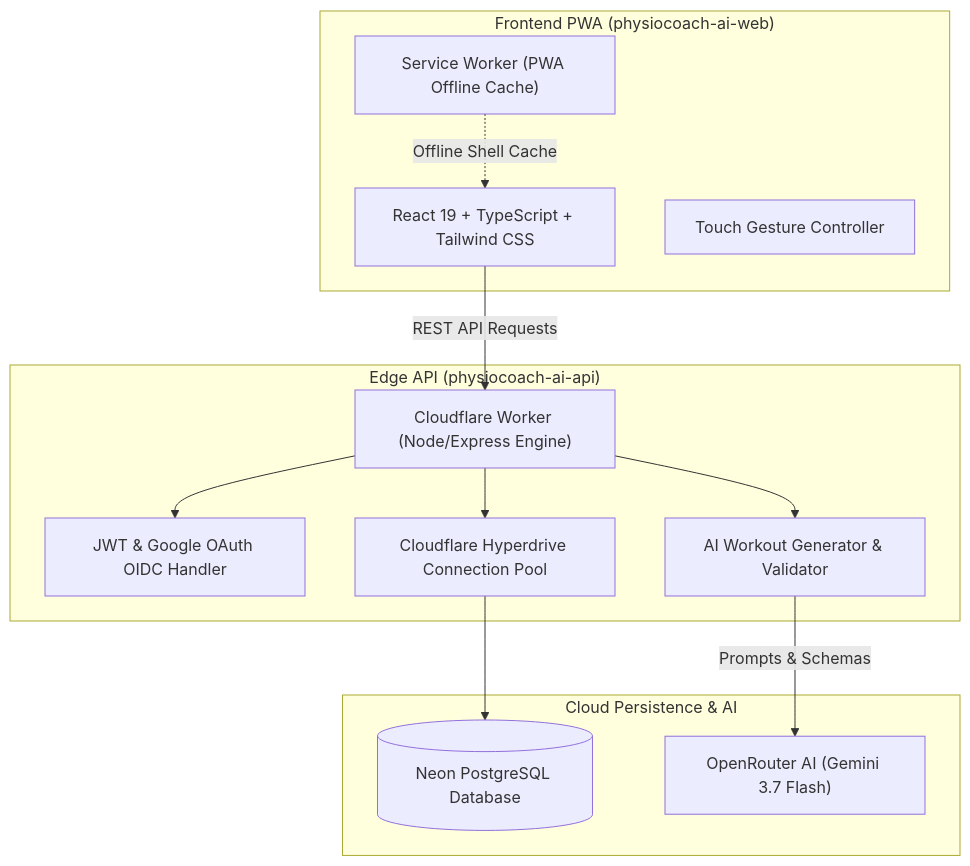
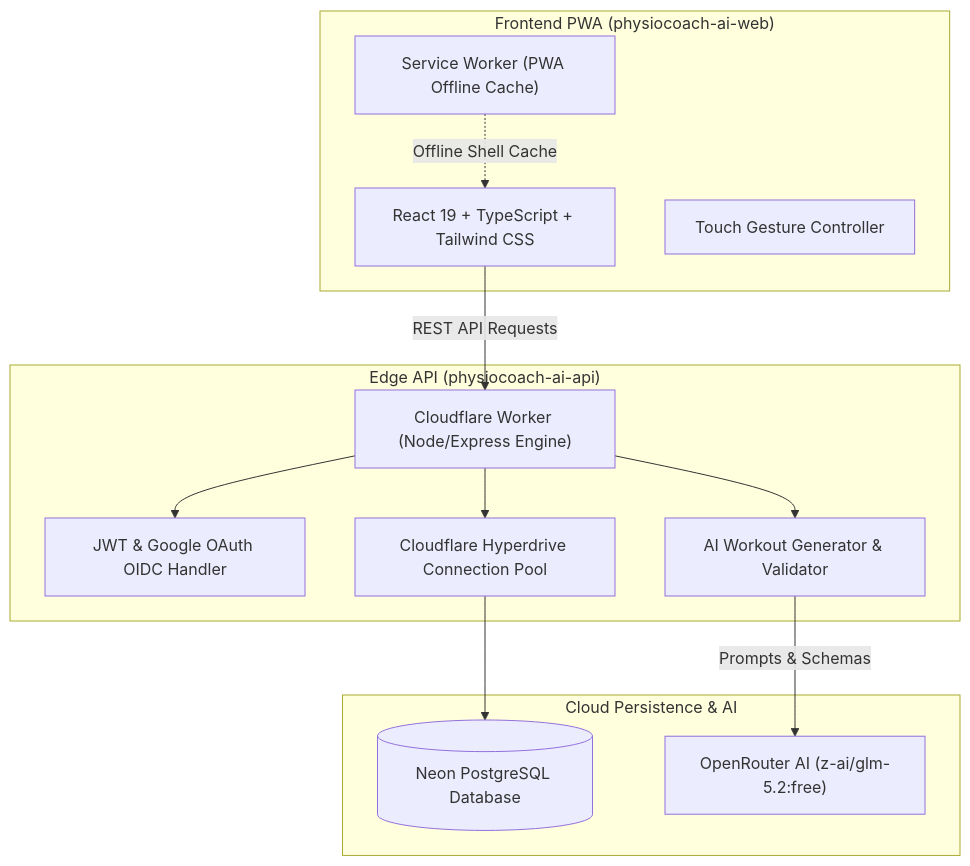
Before and after one commit to rasoulveisi/physiocoach-ai: the diagram in README.md, drawn with Mermaid. The commit also changed other lines of this file and 28 other files, not shown here.

Commit message:
feat(ai): update primary model to OpenRouter z-ai/glm-5.2:free

````diff
--- a/README.md
+++ b/README.md
@@ -46,28 +46,28 @@
 ```mermaid
 flowchart TD
     subgraph Client ["Frontend PWA (physiocoach-ai-web)"]
         UI["React 19 + TypeScript + Tailwind CSS"]
         SW["Service Worker (PWA Offline Cache)"]
         SWIPER["Touch Gesture Controller"]
     end
 
     subgraph Edge ["Edge API (physiocoach-ai-api)"]
         WORKER["Cloudflare Worker (Node/Express Engine)"]
         AUTH["JWT & Google OAuth OIDC Handler"]
         GENERATOR["AI Workout Generator & Validator"]
         HYPERDRIVE["Cloudflare Hyperdrive Connection Pool"]
     end
 
     subgraph Data ["Cloud Persistence & AI"]
         NEON[("Neon PostgreSQL Database")]
-        OPENROUTER["OpenRouter AI (Gemini 3.7 Flash)"]
+        OPENROUTER["OpenRouter AI (z-ai/glm-5.2:free)"]
     end
 
     UI -->|REST API Requests| WORKER
     SW -.->|Offline Shell Cache| UI
     WORKER --> AUTH
     WORKER --> GENERATOR
     GENERATOR -->|Prompts & Schemas| OPENROUTER
     WORKER --> HYPERDRIVE
     HYPERDRIVE --> NEON
 ```
````
